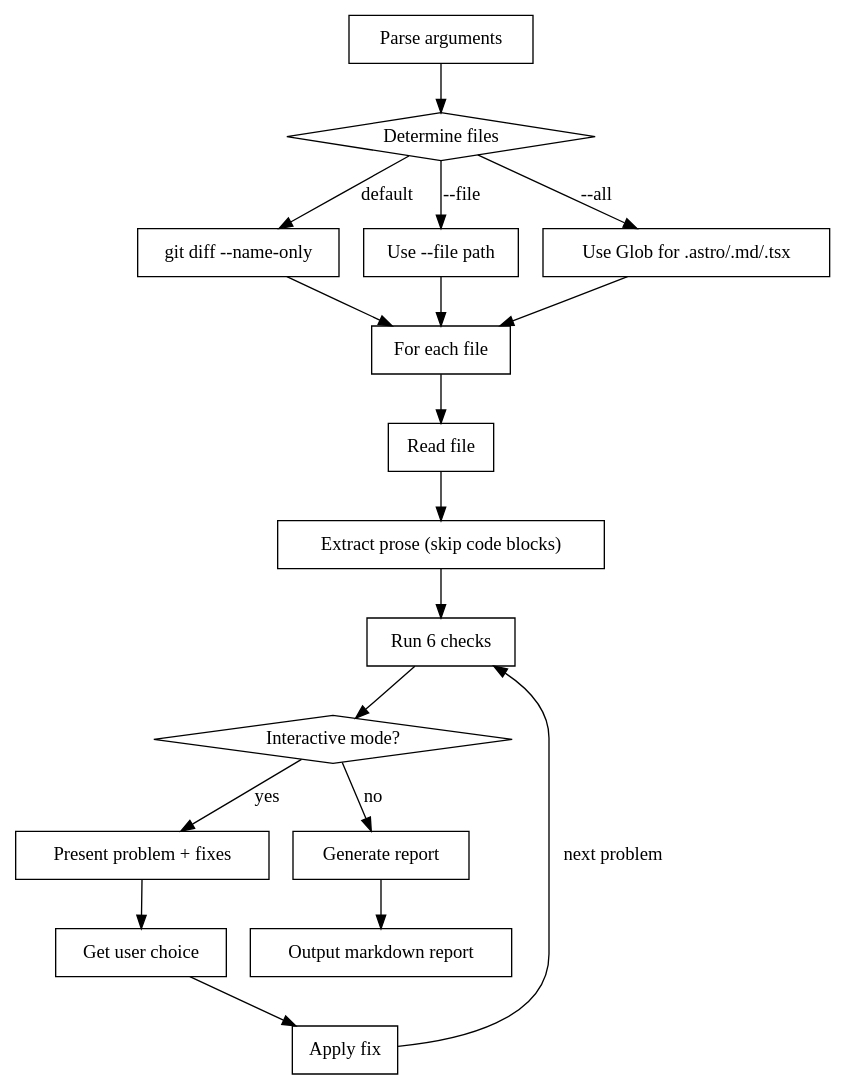
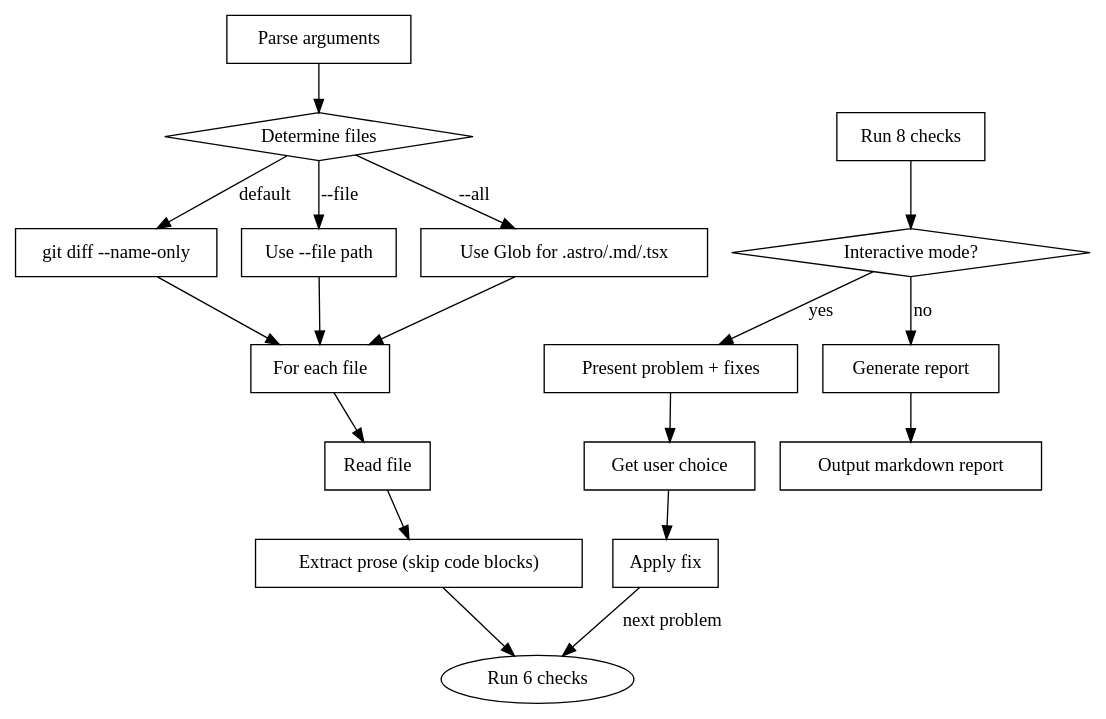
Before and after one commit to fiatkongen/saurun-marketplace: the diagram in plugins/saurun/skills/dansk-qa/SKILL.md, drawn with Graphviz. The commit also changed other lines of this file, not shown here.

First line of the commit message:
feat(dansk-qa): add trykaccent and en/et checks (7 & 8)

````diff
--- a/plugins/saurun/skills/dansk-qa/SKILL.md
+++ b/plugins/saurun/skills/dansk-qa/SKILL.md
@@ -71,37 +71,37 @@
 ```dot
 digraph dansk_qa {
     "Parse arguments" [shape=box];
     "Determine files" [shape=diamond];
     "git diff --name-only" [shape=box];
     "Use --file path" [shape=box];
     "Use Glob for .astro/.md/.tsx" [shape=box];
     "For each file" [shape=box];
     "Read file" [shape=box];
     "Extract prose (skip code blocks)" [shape=box];
-    "Run 6 checks" [shape=box];
+    "Run 8 checks" [shape=box];
     "Interactive mode?" [shape=diamond];
     "Present problem + fixes" [shape=box];
     "Get user choice" [shape=box];
     "Apply fix" [shape=box];
     "Generate report" [shape=box];
     "Output markdown report" [shape=box];
 
     "Parse arguments" -> "Determine files";
     "Determine files" -> "git diff --name-only" [label="default"];
     "Determine files" -> "Use --file path" [label="--file"];
     "Determine files" -> "Use Glob for .astro/.md/.tsx" [label="--all"];
     "git diff --name-only" -> "For each file";
     "Use --file path" -> "For each file";
     "Use Glob for .astro/.md/.tsx" -> "For each file";
     "For each file" -> "Read file";
     "Read file" -> "Extract prose (skip code blocks)";
     "Extract prose (skip code blocks)" -> "Run 6 checks";
-    "Run 6 checks" -> "Interactive mode?";
+    "Run 8 checks" -> "Interactive mode?";
     "Interactive mode?" -> "Present problem + fixes" [label="yes"];
     "Interactive mode?" -> "Generate report" [label="no"];
     "Present problem + fixes" -> "Get user choice";
     "Get user choice" -> "Apply fix";
     "Apply fix" -> "Run 6 checks" [label="next problem"];
     "Generate report" -> "Output markdown report";
 }
 ```
````
